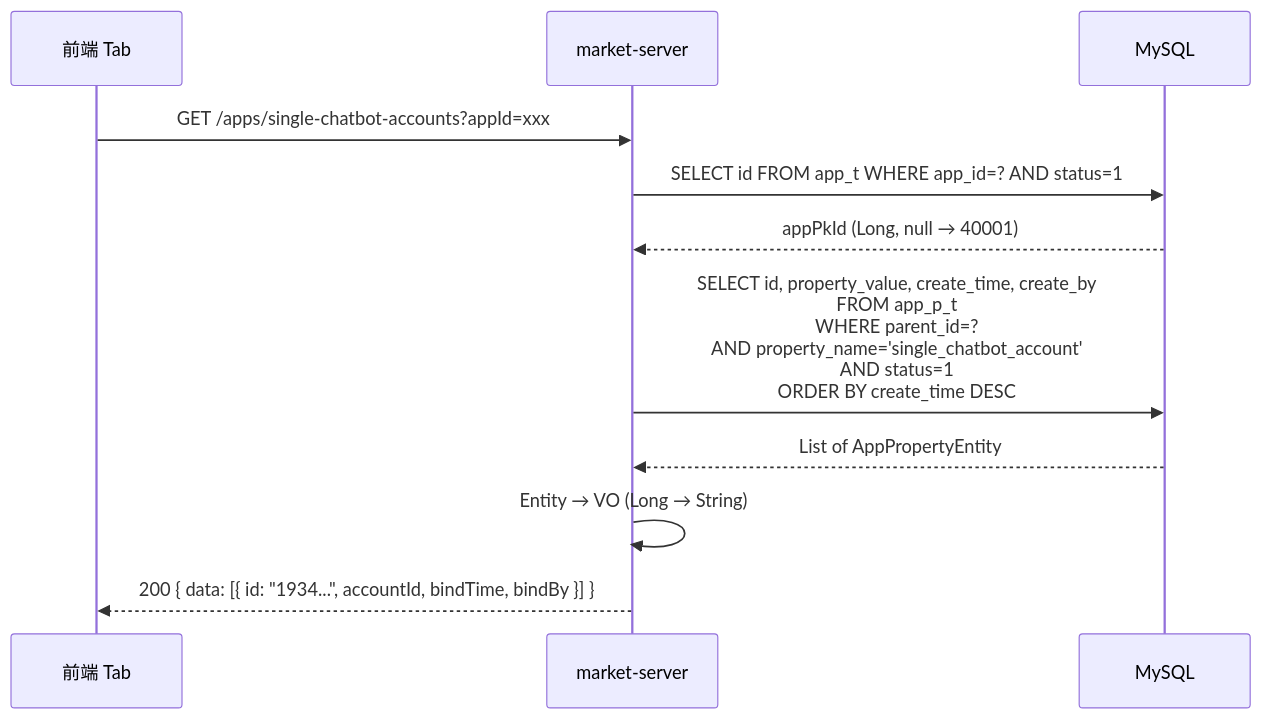
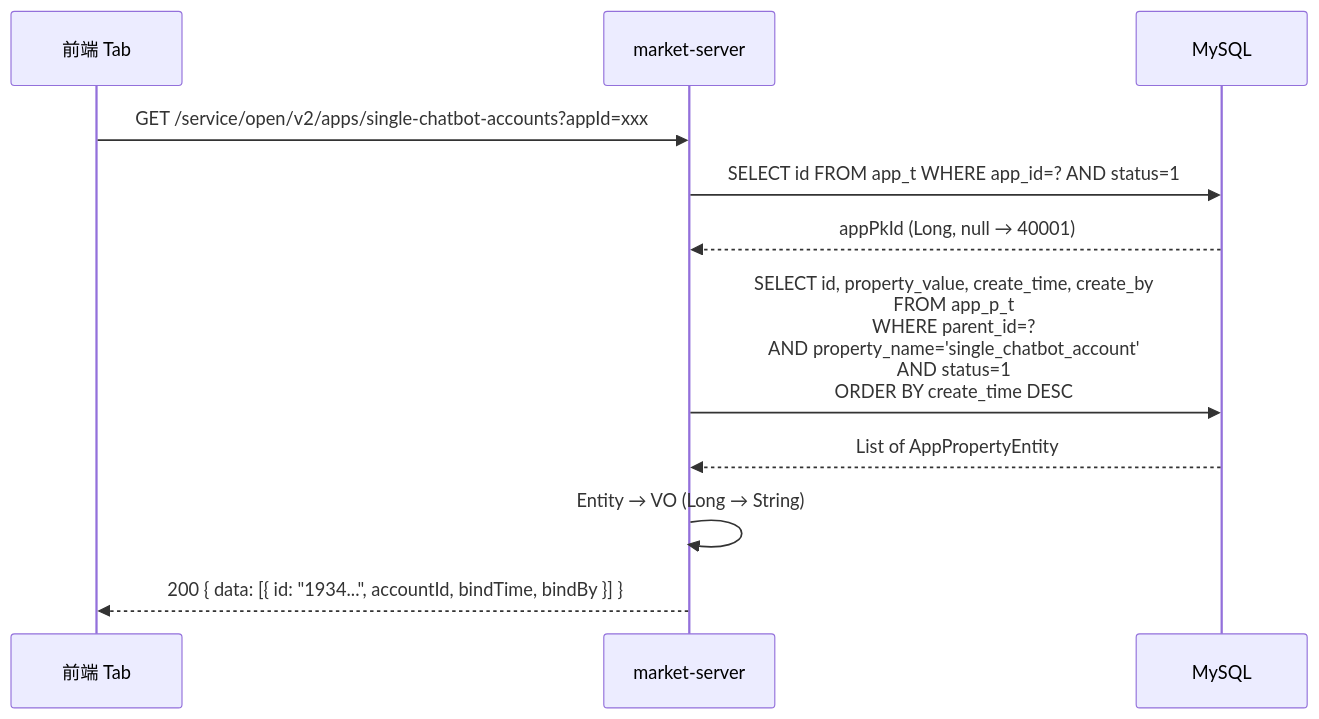
The fifth of 8 diagrams in docs/market-server/app-chatbot-bindtab-requirement.md (THZSummer/open-app), drawn with Mermaid before and after one commit. The commit also changed other lines of this file and 2 other files, not shown here.

First line of the commit message:
feat(chatbot-bindtab): spec v2.0 - contact API validation + tag layout

````diff
--- a/docs/market-server/app-chatbot-bindtab-requirement.md
+++ b/docs/market-server/app-chatbot-bindtab-requirement.md
@@ -361,14 +372,14 @@
 ```mermaid
 sequenceDiagram
     participant FE as 前端 Tab
     participant MS as market-server
     participant DB as MySQL
 
-    FE->>MS: GET /apps/single-chatbot-accounts?appId=xxx
+    FE->>MS: GET /service/open/v2/apps/single-chatbot-accounts?appId=xxx
     MS->>DB: SELECT id FROM app_t WHERE app_id=? AND status=1
     DB-->>MS: appPkId (Long, null → 40001)
     MS->>DB: SELECT id, property_value, create_time, create_by<br/>FROM app_p_t<br/>WHERE parent_id=?<br/>AND property_name='single_chatbot_account'<br/>AND status=1<br/>ORDER BY create_time DESC
     DB-->>MS: List of AppPropertyEntity
     MS->>MS: Entity → VO (Long → String)
     MS-->>FE: 200 { data: [{ id: "1934...", accountId, bindTime, bindBy }] }
 ```
````
